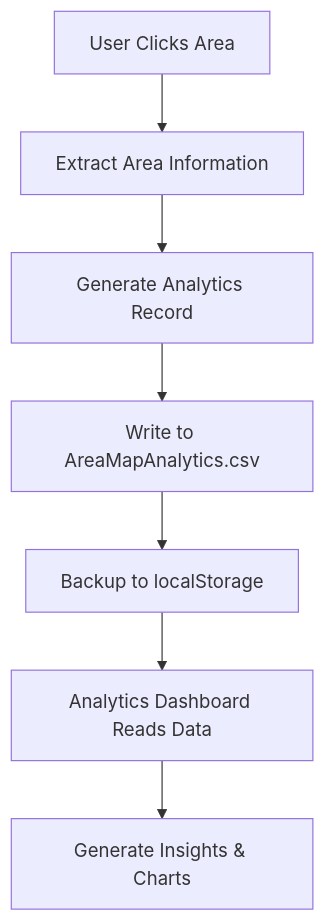
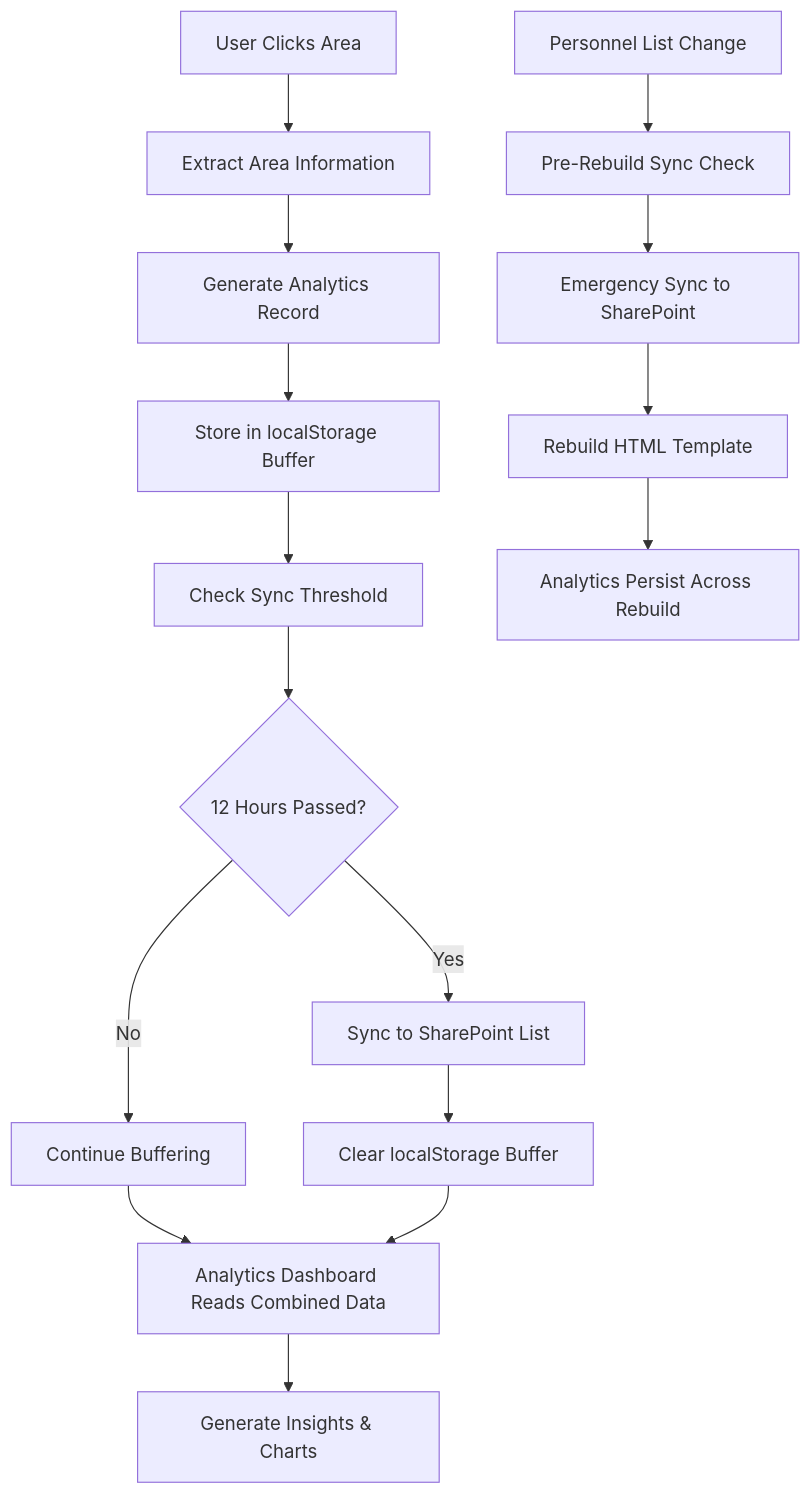
Before and after one commit to bubune99/sharepoint-interactive-area-map: the diagram in documentation/04-analytics-system.md, drawn with Mermaid. The commit also changed other lines of this file and 57 other files, not shown here.

````diff
--- a/documentation/04-analytics-system.md
+++ b/documentation/04-analytics-system.md
@@ -9,9 +9,19 @@
 ```mermaid
 graph TD
     A[User Clicks Area] --> B[Extract Area Information]
     B --> C[Generate Analytics Record]
-    C --> D[Write to AreaMapAnalytics.csv]
-    D --> E[Backup to localStorage]
-    E --> F[Analytics Dashboard Reads Data]
-    F --> G[Generate Insights & Charts]
+    C --> D[Store in localStorage Buffer]
+    D --> E[Check Sync Threshold]
+    E --> F{12 Hours Passed?}
+    F -->|Yes| G[Sync to SharePoint List]
+    F -->|No| H[Continue Buffering]
+    G --> I[Clear localStorage Buffer]
+    H --> J[Analytics Dashboard Reads Combined Data]
+    I --> J
+    J --> K[Generate Insights & Charts]
+    
+    L[Personnel List Change] --> M[Pre-Rebuild Sync Check]
+    M --> N[Emergency Sync to SharePoint]
+    N --> O[Rebuild HTML Template]
+    O --> P[Analytics Persist Across Rebuild]
 ```
````
